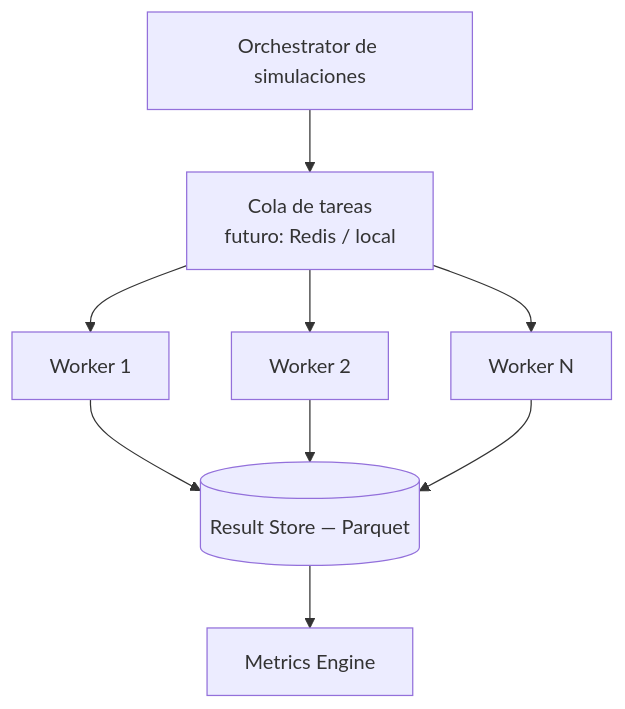
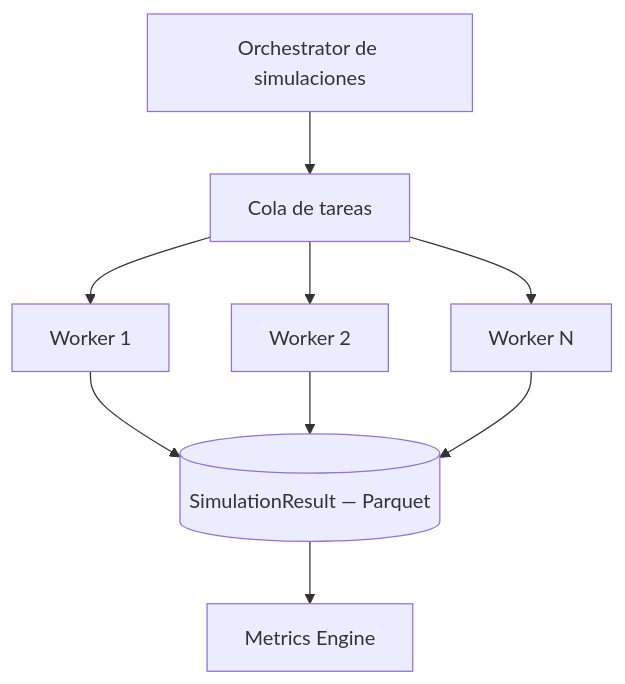
One commit to ssciarratta/QuantLab changed the ninth of 9 diagrams in docs/Diagrama.md. Above: the diagram before and after it, drawn with Mermaid. The commit also changed other lines of this file and 171 other files, not shown here.

````diff
--- a/docs/Diagrama.md
+++ b/docs/Diagrama.md
@@ -193,14 +286,14 @@
 ```mermaid
 flowchart TB
     ORCH[Orchestrator de simulaciones]
     W1[Worker 1]
     W2[Worker 2]
     WN[Worker N]
-    QUEUE[Cola de tareas<br/>futuro: Redis / local]
-    STORE[(Result Store — Parquet)]
+    QUEUE[Cola de tareas]
+    STORE[(SimulationResult — Parquet)]
 
     ORCH --> QUEUE
     QUEUE --> W1 & W2 & WN
     W1 & W2 & WN --> STORE
     STORE --> MET[Metrics Engine]
 ```
````
